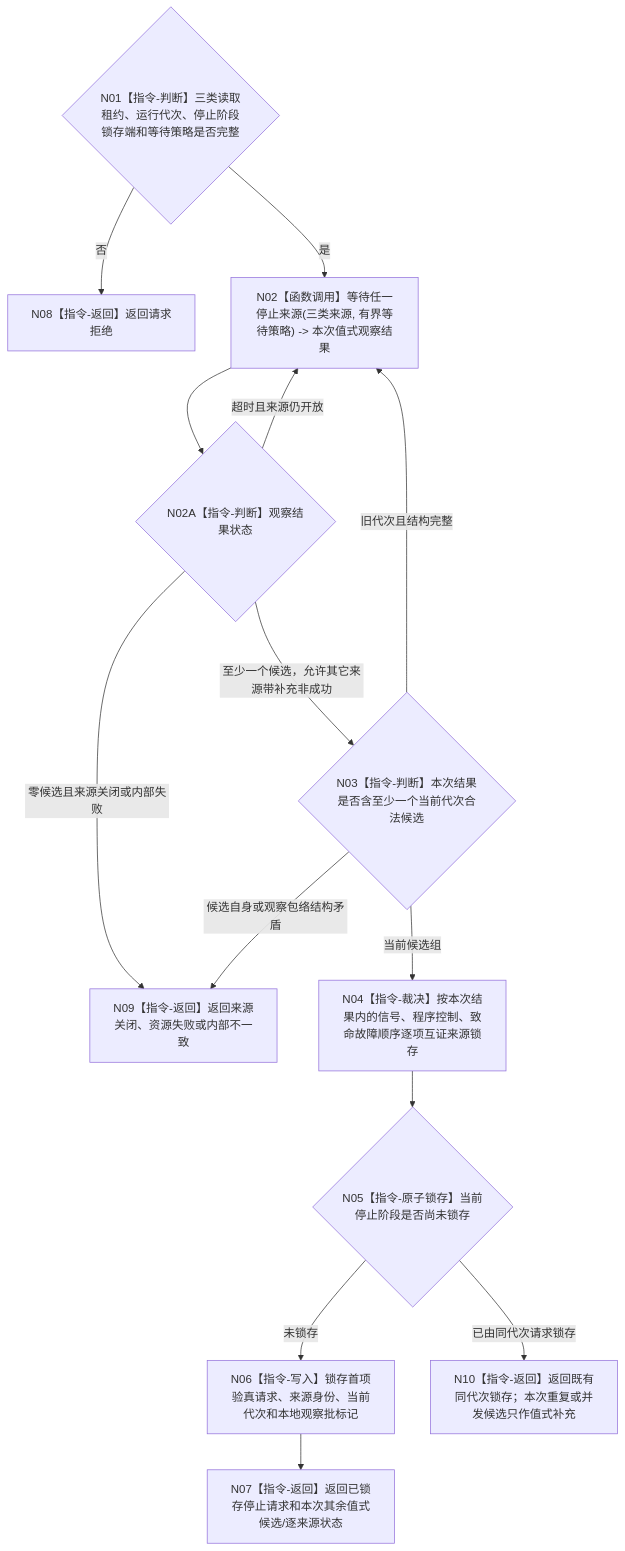
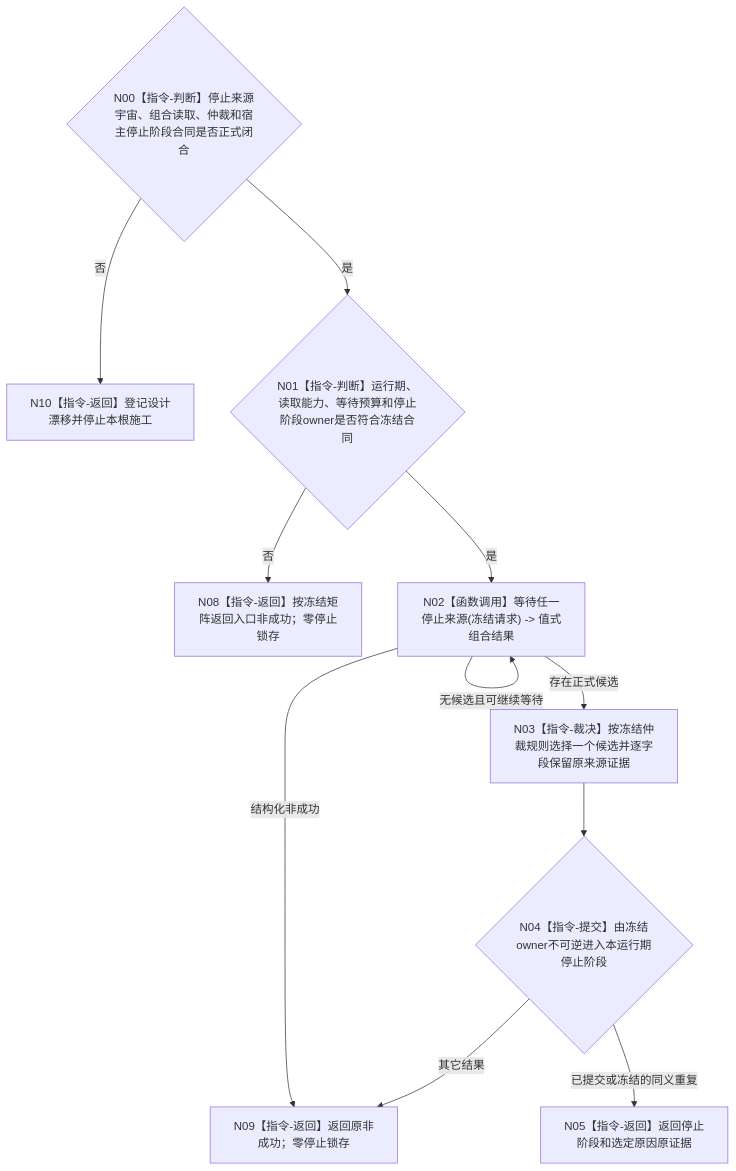
The diagram in 流程图/目标业务流程图/L2/BIZ-L2-001-10_等待程序停止请求_目标函数流程图_v0.1.md (chunhaizh-cyber/HY-Ego), drawn with Mermaid before and after one commit. The commit also changed other lines of this file and 9 other files, not shown here.

````diff
--- a/流程图/目标业务流程图/L2/BIZ-L2-001-10_等待程序停止请求_目标函数流程图_v0.1.md
+++ b/流程图/目标业务流程图/L2/BIZ-L2-001-10_等待程序停止请求_目标函数流程图_v0.1.md
@@ -31,25 +32,13 @@
 ```mermaid
 flowchart TD
-    N01{"N01【指令-判断】三类读取租约、运行代次、停止阶段锁存端和等待策略是否完整"}
-    N02["N02【函数调用】等待任一停止来源(三类来源, 有界等待策略) -> 本次值式观察结果"]
-    N02A{"N02A【指令-判断】观察结果状态"}
-    N03{"N03【指令-判断】本次结果是否含至少一个当前代次合法候选"}
-    N04["N04【指令-裁决】按本次结果内的信号、程序控制、致命故障顺序逐项互证来源锁存"]
-    N05{"N05【指令-原子锁存】当前停止阶段是否尚未锁存"}
-    N06["N06【指令-写入】锁存首项验真请求、来源身份、当前代次和本地观察批标记"]
-    N07["N07【指令-返回】返回已锁存停止请求和本次其余值式候选/逐来源状态"]
-    N08["N08【指令-返回】返回请求拒绝"]
-    N09["N09【指令-返回】返回来源关闭、资源失败或内部不一致"]
-    N10["N10【指令-返回】返回既有同代次锁存；本次重复或并发候选只作值式补充"]
-
-    N01 -->|否| N08
-    N01 -->|是| N02 --> N02A
-    N02A -->|超时且来源仍开放| N02
-    N02A -->|零候选且来源关闭或内部失败| N09
-    N02A -->|至少一个候选，允许其它来源带补充非成功| N03
-    N03 -->|旧代次且结构完整| N02
-    N03 -->|候选自身或观察包络结构矛盾| N09
-    N03 -->|当前候选组| N04 --> N05
-    N05 -->|未锁存| N06 --> N07
-    N05 -->|已由同代次请求锁存| N10
+    N00{"N00【指令-判断】停止来源宇宙、组合读取、仲裁和宿主停止阶段合同是否正式闭合"} -->|否| N10["N10【指令-返回】登记设计漂移并停止本根施工"]
+    N00 -->|是| N01{"N01【指令-判断】运行期、读取能力、等待预算和停止阶段owner是否符合冻结合同"}
+    N01 -->|否| N08["N08【指令-返回】按冻结矩阵返回入口非成功；零停止锁存"]
+    N01 -->|是| N02["N02【函数调用】等待任一停止来源(冻结请求) -> 值式组合结果"]
+    N02 -->|无候选且可继续等待| N02
+    N02 -->|结构化非成功| N09["N09【指令-返回】返回原非成功；零停止锁存"]
+    N02 -->|存在正式候选| N03["N03【指令-裁决】按冻结仲裁规则选择一个候选并逐字段保留原来源证据"]
+    N03 --> N04{"N04【指令-提交】由冻结owner不可逆进入本运行期停止阶段"}
+    N04 -->|已提交或冻结的同义重复| N05["N05【指令-返回】返回停止阶段和选定原因原证据"]
+    N04 -->|其它结果| N09
 ```
````
